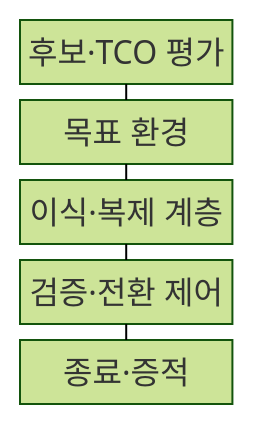
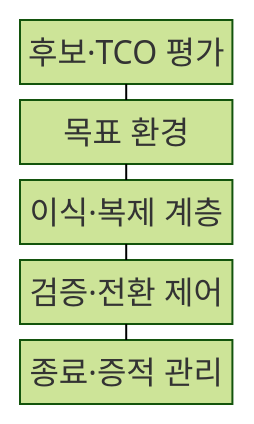
Before and after one commit to agnusdei1207/knowledge-base: the first of 2 diagrams in src/content/docs/notes/03-software/169_cloud_repatriation.md, drawn with Mermaid (forest theme). The commit also changed other lines of this file and 20 other files, not shown here.

````diff
--- a/src/content/docs/notes/03-software/169_cloud_repatriation.md
+++ b/src/content/docs/notes/03-software/169_cloud_repatriation.md
@@ -54,13 +55,13 @@
 ```mermaid
-block-beta
+block
     columns 1
     A["후보·TCO 평가"]
     B["목표 환경"]
     C["이식·복제 계층"]
     D["검증·전환 제어"]
-    E["종료·증적"]
+    E["종료·증적 관리"]
     A --- B
     B --- C
     C --- D
     D --- E
 ```
````
